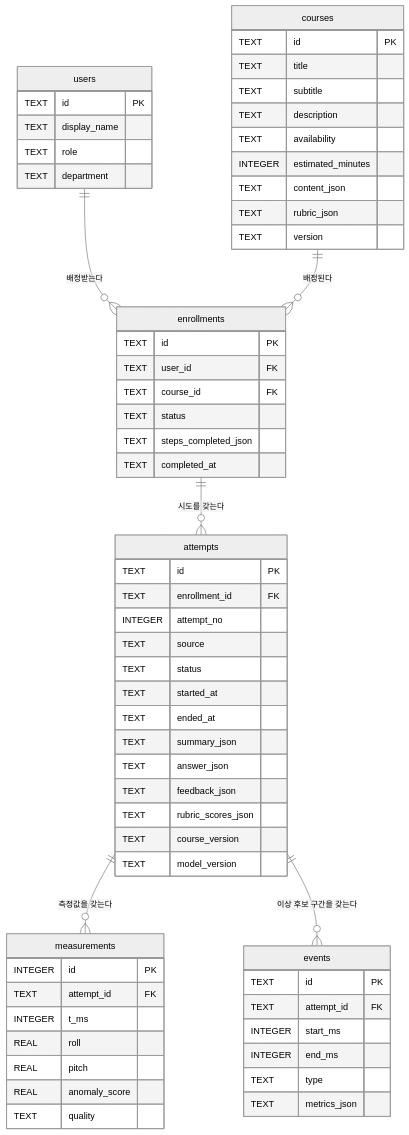
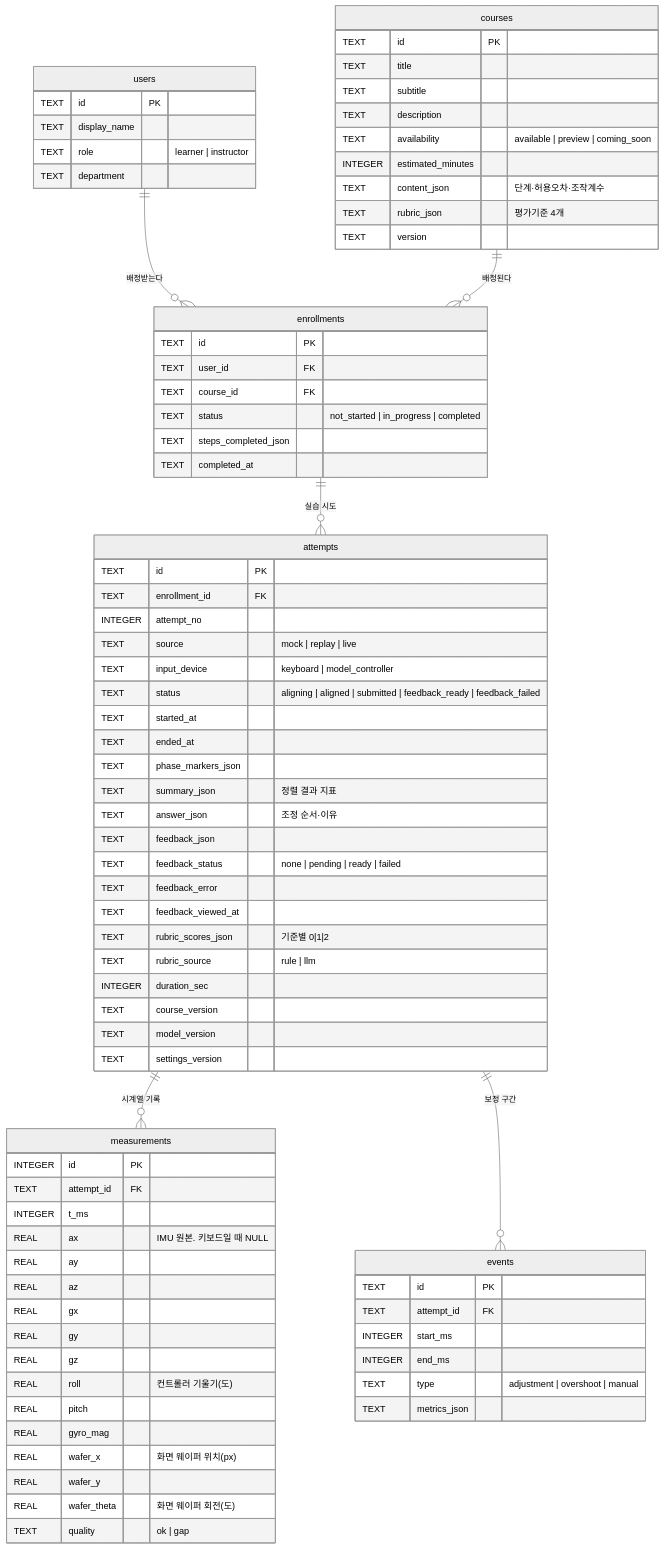
Before and after one commit to jinsu1011/WME: the diagram in 기획/설계/DB설계.md, drawn with Mermaid (neutral theme). The commit also changed other lines of this file and 90 other files, not shown here.

````diff
--- a/기획/설계/DB설계.md
+++ b/기획/설계/DB설계.md
@@ -20,14 +39,14 @@
 erDiagram
     users ||--o{ enrollments : "배정받는다"
     courses ||--o{ enrollments : "배정된다"
-    enrollments ||--o{ attempts : "시도를 갖는다"
-    attempts ||--o{ measurements : "측정값을 갖는다"
-    attempts ||--o{ events : "이상 후보 구간을 갖는다"
+    enrollments ||--o{ attempts : "실습 시도"
+    attempts ||--o{ measurements : "시계열 기록"
+    attempts ||--o{ events : "보정 구간"
 
     users {
         TEXT id PK
         TEXT display_name
-        TEXT role
+        TEXT role "learner | instructor"
         TEXT department
     }
     courses {
@@ -35,17 +54,17 @@
         TEXT title
         TEXT subtitle
         TEXT description
-        TEXT availability
+        TEXT availability "available | preview | coming_soon"
         INTEGER estimated_minutes
-        TEXT content_json
-        TEXT rubric_json
+        TEXT content_json "단계·허용오차·조작계수"
+        TEXT rubric_json "평가기준 4개"
         TEXT version
     }
     enrollments {
         TEXT id PK
         TEXT user_id FK
         TEXT course_id FK
-        TEXT status
+        TEXT status "not_started | in_progress | completed"
         TEXT steps_completed_json
         TEXT completed_at
     }
@@ -53,32 +72,49 @@
         TEXT id PK
         TEXT enrollment_id FK
         INTEGER attempt_no
-        TEXT source
-        TEXT status
+        TEXT source "mock | replay | live"
+        TEXT input_device "keyboard | model_controller"
+        TEXT status "aligning | aligned | submitted | feedback_ready | feedback_failed"
         TEXT started_at
         TEXT ended_at
-        TEXT summary_json
-        TEXT answer_json
+        TEXT phase_markers_json
+        TEXT summary_json "정렬 결과 지표"
+        TEXT answer_json "조정 순서·이유"
         TEXT feedback_json
-        TEXT rubric_scores_json
+        TEXT feedback_status "none | pending | ready | failed"
+        TEXT feedback_error
+        TEXT feedback_viewed_at
+        TEXT rubric_scores_json "기준별 0|1|2"
+        TEXT rubric_source "rule | llm"
+        INTEGER duration_sec
         TEXT course_version
         TEXT model_version
+        TEXT settings_version
     }
     measurements {
         INTEGER id PK
         TEXT attempt_id FK
         INTEGER t_ms
-        REAL roll
+        REAL ax "IMU 원본. 키보드일 때 NULL"
+        REAL ay
+        REAL az
+        REAL gx
+        REAL gy
+        REAL gz
+        REAL roll "컨트롤러 기울기(도)"
         REAL pitch
-        REAL anomaly_score
-        TEXT quality
+        REAL gyro_mag
+        REAL wafer_x "화면 웨이퍼 위치(px)"
+        REAL wafer_y
+        REAL wafer_theta "화면 웨이퍼 회전(도)"
+        TEXT quality "ok | gap"
     }
     events {
         TEXT id PK
         TEXT attempt_id FK
         INTEGER start_ms
         INTEGER end_ms
-        TEXT type
+        TEXT type "adjustment | overshoot | manual"
         TEXT metrics_json
     }
 ```
````
